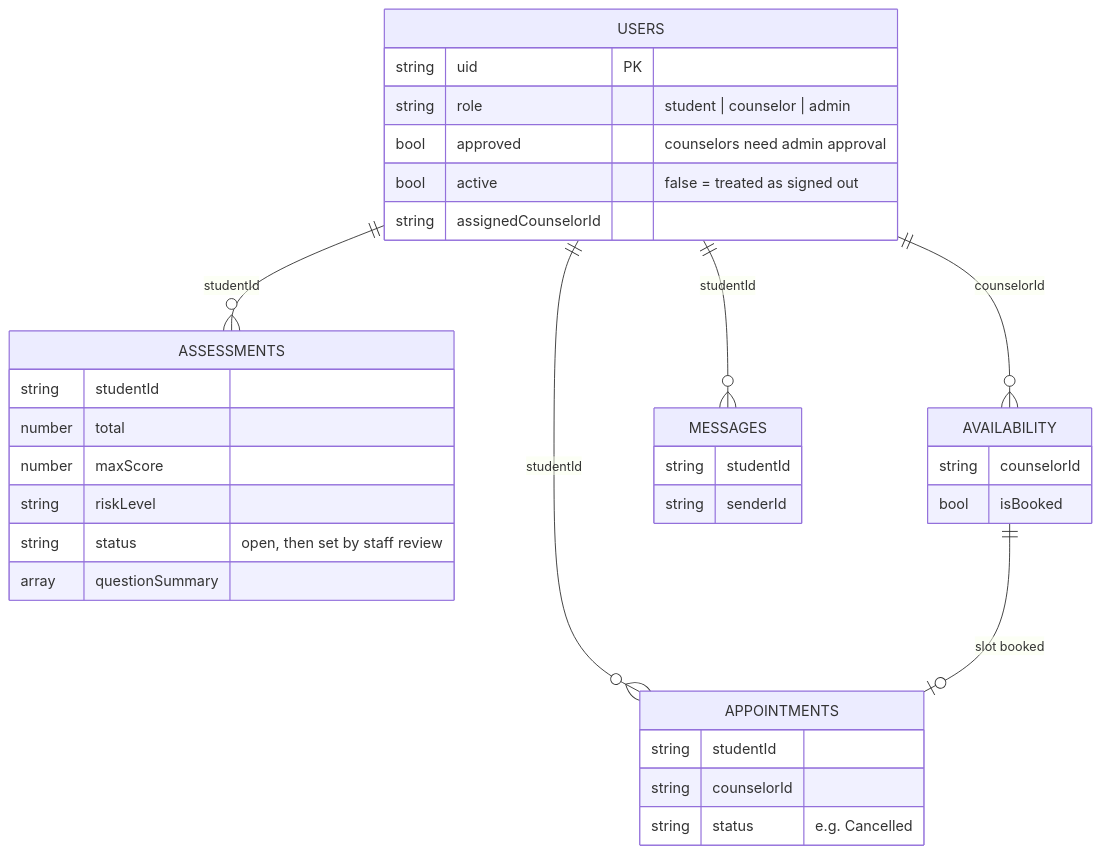
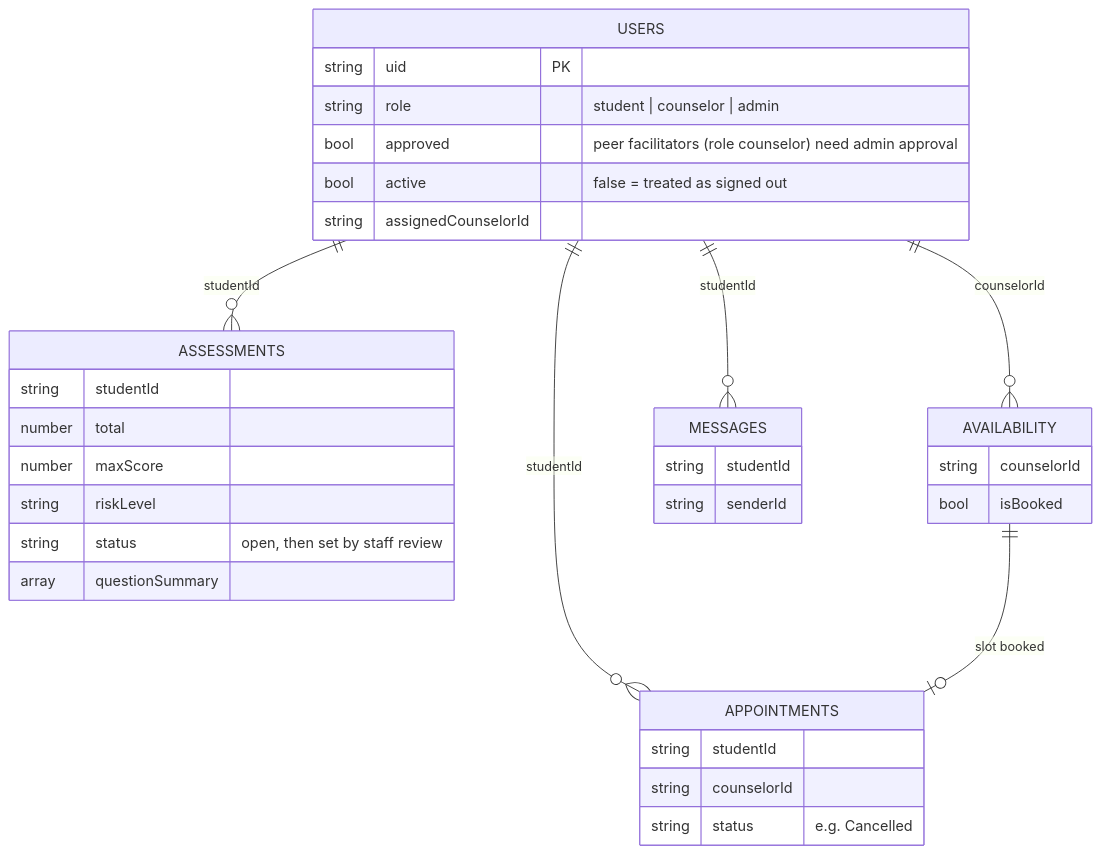
One commit to IkariShinjiii/Mind-Bridge changed the second of 3 diagrams in docs/ARCHITECTURE.md. Above: the diagram before and after it, drawn with Mermaid. The commit also changed other lines of this file and 71 other files, not shown here.

First line of the commit message:
Rename counselor to peer facilitator in code, tests and docs

````diff
--- a/docs/ARCHITECTURE.md
+++ b/docs/ARCHITECTURE.md
@@ -88,36 +90,36 @@
 ```mermaid
 erDiagram
     USERS ||--o{ ASSESSMENTS : "studentId"
     USERS ||--o{ APPOINTMENTS : "studentId"
     USERS ||--o{ AVAILABILITY : "counselorId"
     USERS ||--o{ MESSAGES : "studentId"
     AVAILABILITY ||--o| APPOINTMENTS : "slot booked"
     USERS {
         string uid PK
         string role "student | counselor | admin"
-        bool approved "counselors need admin approval"
+        bool approved "peer facilitators (role counselor) need admin approval"
         bool active "false = treated as signed out"
         string assignedCounselorId
     }
     ASSESSMENTS {
         string studentId
         number total
         number maxScore
         string riskLevel
         string status "open, then set by staff review"
         array questionSummary
     }
     APPOINTMENTS {
         string studentId
         string counselorId
         string status "e.g. Cancelled"
     }
     AVAILABILITY {
         string counselorId
         bool isBooked
     }
     MESSAGES {
         string studentId
         string senderId
     }
 ```
````
